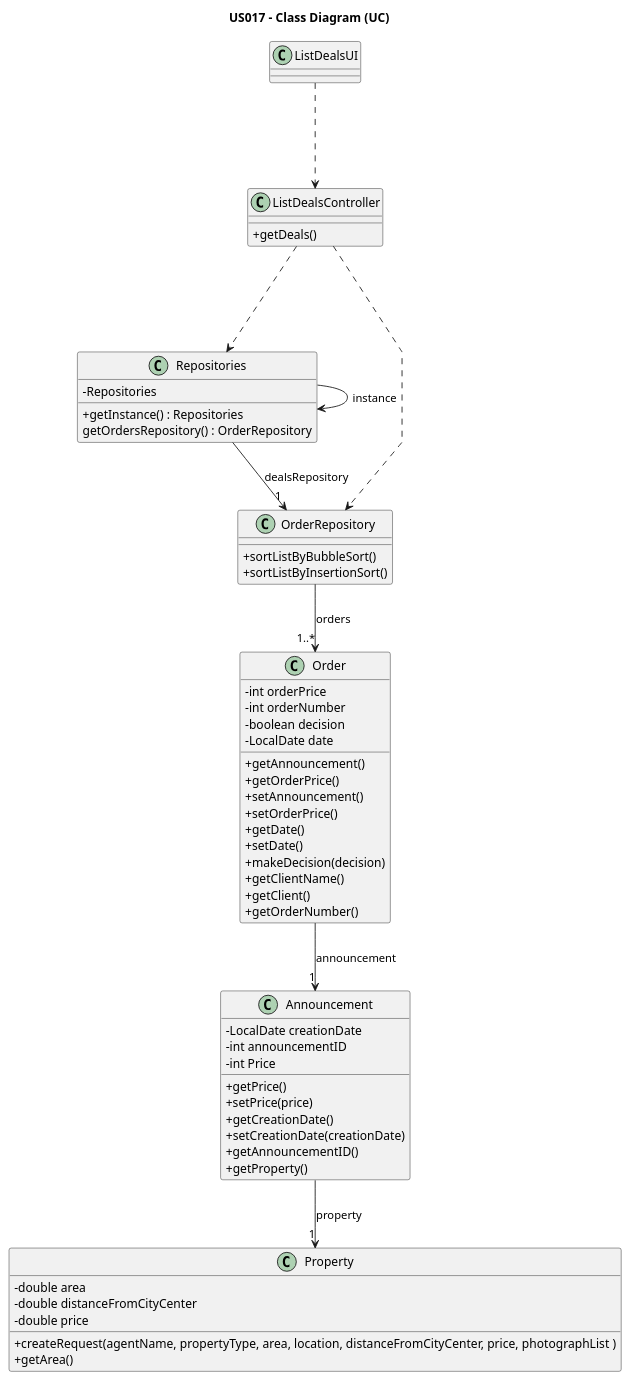
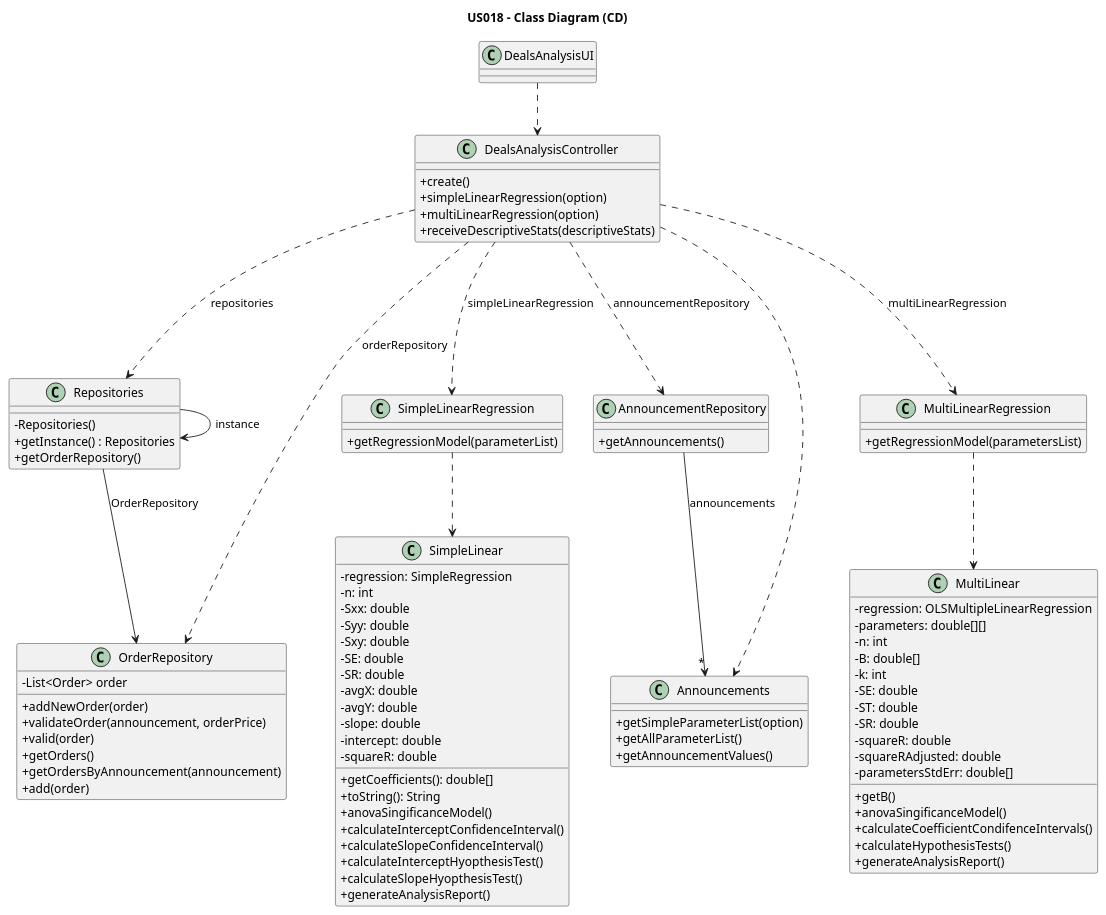
The diagram in docs/sprintD/us018/03.design/puml/us018-class-diagram.puml (1220812/LAPR2), drawn with PlantUML before and after one commit. The commit also changed 9 other files, not shown here.

```diff
--- a/docs/sprintD/us018/03.design/puml/us018-class-diagram.puml
+++ b/docs/sprintD/us018/03.design/puml/us018-class-diagram.puml
@@ -1,83 +1,112 @@
 @startuml
 'skinparam monochrome true
 skinparam packageStyle rectangle
 skinparam shadowing false
-skinparam linetype polyline
+'skinparam linetype polyline
+'skinparam linetype orto
 
 skinparam classAttributeIconSize 0
 
+title US018 - Class Diagram (CD)
 
-Title US017 - Class Diagram (UC)
 
-class ListDealsUI{
+class DealsAnalysisUI {
 }
 
-class ListDealsController{
-+getDeals()
+class DealsAnalysisController {
+    +create()
+    +simpleLinearRegression(option)
+    +multiLinearRegression(option)
+    +receiveDescriptiveStats(descriptiveStats)
 }
 
-class Repositories{
--Repositories
-+getInstance() : Repositories
-getOrdersRepository() : OrderRepository
+class OrderRepository {
+- List<Order> order
+    + addNewOrder(order)
+    + validateOrder(announcement, orderPrice)
+    + valid(order)
+    + getOrders()
+    + getOrdersByAnnouncement(announcement)
+    + add(order)
 }
 
-class OrderRepository{
-+sortListByBubbleSort()
-+sortListByInsertionSort()
+
+class Announcements {
+    +getSimpleParameterList(option)
+    +getAllParameterList()
+    +getAnnouncementValues()
 }
 
-class Order{
--int orderPrice
--int orderNumber
--boolean decision
--LocalDate date
-+getAnnouncement()
-+getOrderPrice()
-+setAnnouncement()
-+setOrderPrice()
-+getDate()
-+setDate()
-+makeDecision(decision)
-+getClientName()
-+getClient()
-+getOrderNumber()
+class SimpleLinear {
+    - regression: SimpleRegression
+    - n: int
+    - Sxx: double
+    - Syy: double
+    - Sxy: double
+    - SE: double
+    - SR: double
+    - avgX: double
+    - avgY: double
+    - slope: double
+    - intercept: double
+    - squareR: double
+    + getCoefficients(): double[]
+    + toString(): String
+    + anovaSingificanceModel()
+    + calculateInterceptConfidenceInterval()
+    + calculateSlopeConfidenceInterval()
+    + calculateInterceptHyopthesisTest()
+    + calculateSlopeHyopthesisTest()
+    + generateAnalysisReport()
 }
 
-class Announcement{
-    - LocalDate creationDate
-    - int announcementID
-    - int Price
-    + getPrice()
-    + setPrice(price)
-    + getCreationDate()
-    + setCreationDate(creationDate)
-    + getAnnouncementID()
-    + getProperty()
+
+class SimpleLinearRegression {
+    +getRegressionModel(parameterList)
 }
 
-class Property{
--double area
--double distanceFromCityCenter
--double price
-+createRequest(agentName, propertyType, area, location, distanceFromCityCenter, price, photographList )
-+getArea()
+class MultiLinearRegression{
+    +getRegressionModel(parametersList)
+
+}
+class MultiLinear {
+    - regression: OLSMultipleLinearRegression
+    - parameters: double[][]
+    - n: int
+    - B: double[]
+    - k: int
+    - SE: double
+    - ST: double
+    - SR: double
+    - squareR: double
+    - squareRAdjusted: double
+    - parametersStdErr: double[]
+    + getB()
+    + anovaSingificanceModel()
+    + calculateCoefficientCondifenceIntervals()
+    + calculateHypothesisTests()
+    + generateAnalysisReport()
 }
 
-ListDealsUI -.-> ListDealsController
+class Repositories {
+  - Repositories()
+  +getInstance() : Repositories
+  +getOrderRepository()
+}
+class AnnouncementRepository{
+  + getAnnouncements()
+}
 
-ListDealsController -.-> Repositories
-
+Repositories --> OrderRepository : OrderRepository
+DealsAnalysisController -.-> Repositories : repositories
+DealsAnalysisController -.-> SimpleLinearRegression : simpleLinearRegression
+DealsAnalysisController -.-> MultiLinearRegression : multiLinearRegression
+DealsAnalysisController -.-> AnnouncementRepository : announcementRepository
+AnnouncementRepository --> "*" Announcements : announcements
 Repositories -> Repositories : instance
-
-Repositories --> "1" OrderRepository : dealsRepository
-
-ListDealsController -.-> OrderRepository
-
-OrderRepository --> "1..*" Order : orders
-
-Order --> "1" Announcement : announcement
-
-Announcement --> "1" Property : property
-
+DealsAnalysisController -.-> OrderRepository : orderRepository
+MultiLinearRegression ..> MultiLinear
+DealsAnalysisUI ..> DealsAnalysisController
+DealsAnalysisController ..> Announcements
+SimpleLinearRegression ..> SimpleLinear
 @enduml
```
